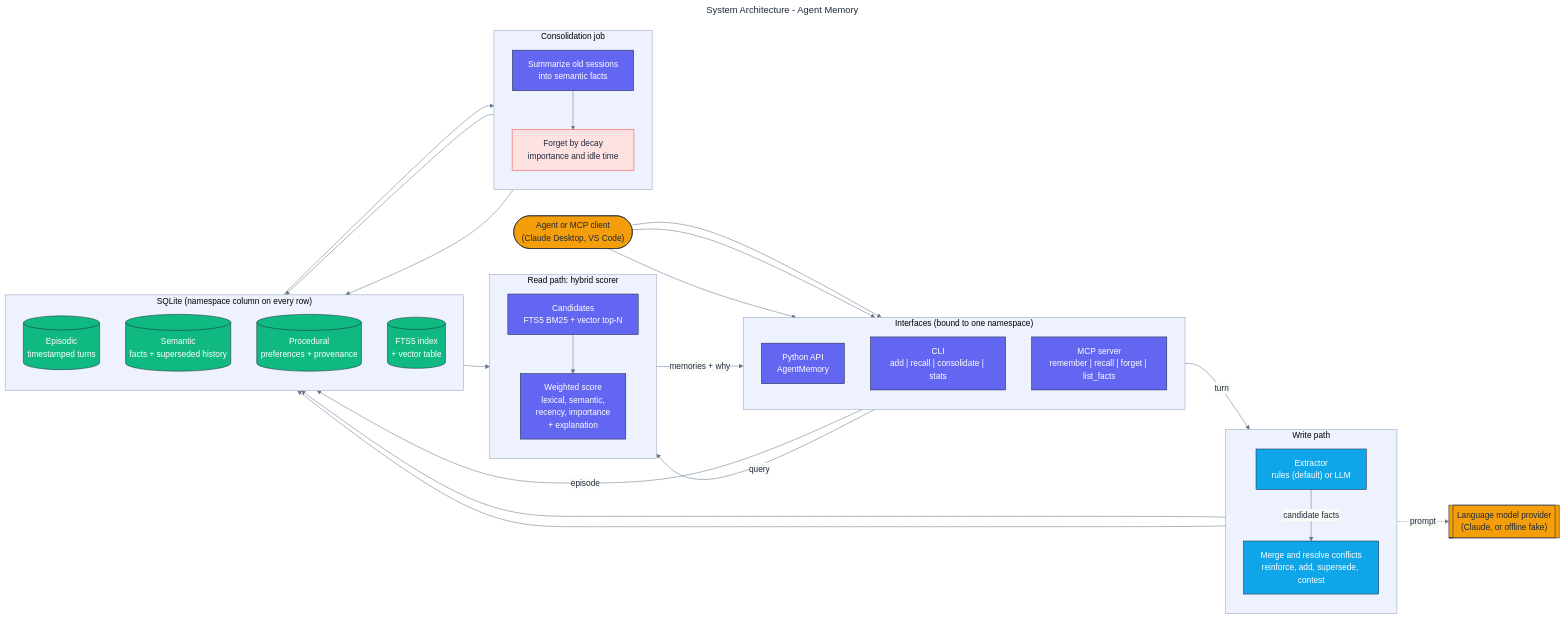
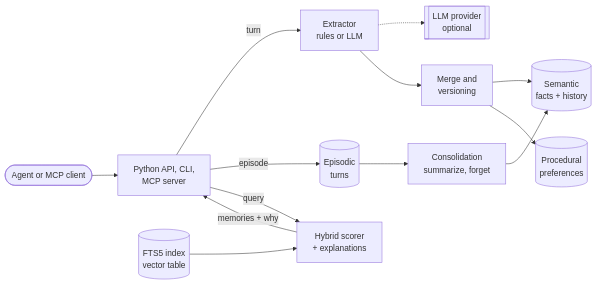
One commit to adeoluo/agent-memory changed the diagram in docs/architecture/architecture.mmd. Above: the diagram before and after it, drawn with Mermaid. The commit also changed 5 other files, not shown here.

Commit message:
docs: standard README structure and architecture diagram

```diff
--- a/docs/architecture/architecture.mmd
+++ b/docs/architecture/architecture.mmd
@@ -1,71 +1,25 @@
----
-title: System Architecture - Agent Memory
-config:
-  theme: base
-  themeVariables:
-    fontFamily: "Inter, system-ui, sans-serif"
-    primaryColor: "#F8FAFC"
-    primaryBorderColor: "#1E293B"
-    primaryTextColor: "#1E293B"
-    lineColor: "#64748B"
-    clusterBkg: "#EEF2FF"
-    clusterBorder: "#94A3B8"
----
 flowchart LR
-    classDef edge     fill:#F59E0B,stroke:#1E293B,color:#1E293B,stroke-width:1px;
-    classDef core     fill:#6366F1,stroke:#1E293B,color:#ffffff,stroke-width:1px;
-    classDef data     fill:#10B981,stroke:#1E293B,color:#ffffff,stroke-width:1px;
-    classDef control  fill:#0EA5E9,stroke:#1E293B,color:#ffffff,stroke-width:1px;
-    classDef danger   fill:#FEE2E2,stroke:#EF4444,color:#1E293B,stroke-width:1px;
+    Client(["Agent or MCP client"])
+    Interfaces["Python API, CLI,<br/>MCP server"]
+    Extractor["Extractor<br/>rules or LLM"]
+    Provider[["LLM provider<br/>optional"]]
+    Merge["Merge and<br/>versioning"]
+    Episodic[("Episodic<br/>turns")]
+    Semantic[("Semantic<br/>facts + history")]
+    Procedural[("Procedural<br/>preferences")]
+    Index[("FTS5 index<br/>vector table")]
+    Scorer["Hybrid scorer<br/>+ explanations"]
+    Consolidation["Consolidation<br/>summarize, forget"]
 
-    Agent(["Agent or MCP client<br/>(Claude Desktop, VS Code)"]):::edge
-    LLM[["Language model provider<br/>(Claude, or offline fake)"]]:::edge
-
-    subgraph Interfaces["Interfaces (bound to one namespace)"]
-        direction TB
-        API["Python API<br/>AgentMemory"]:::core
-        CLI["CLI<br/>add | recall | consolidate | stats"]:::core
-        MCP["MCP server<br/>remember | recall | forget | list_facts"]:::core
-    end
-
-    subgraph Write["Write path"]
-        direction TB
-        Extract["Extractor<br/>rules (default) or LLM"]:::control
-        Merge["Merge and resolve conflicts<br/>reinforce, add, supersede, contest"]:::control
-    end
-
-    subgraph Read["Read path: hybrid scorer"]
-        direction TB
-        Candidates["Candidates<br/>FTS5 BM25 + vector top-N"]:::core
-        Score["Weighted score<br/>lexical, semantic,<br/>recency, importance<br/>+ explanation"]:::core
-    end
-
-    subgraph Maintenance["Consolidation job"]
-        direction TB
-        Summarize["Summarize old sessions<br/>into semantic facts"]:::core
-        Forget["Forget by decay<br/>importance and idle time"]:::danger
-    end
-
-    subgraph Storage["SQLite (namespace column on every row)"]
-        direction TB
-        Episodic[("Episodic<br/>timestamped turns")]:::data
-        Semantic[("Semantic<br/>facts + superseded history")]:::data
-        Procedural[("Procedural<br/>preferences + provenance")]:::data
-        Index[("FTS5 index<br/>+ vector table")]:::data
-    end
-
-    Agent --> MCP
-    Agent --> API
-    Agent --> CLI
-    Interfaces -->|turn| Extract
-    Extract -.->|prompt| LLM
-    Extract -->|candidate facts| Merge
+    Client --> Interfaces
+    Interfaces -->|turn| Extractor
+    Extractor -.-> Provider
+    Extractor --> Merge
     Interfaces -->|episode| Episodic
     Merge --> Semantic
     Merge --> Procedural
-    Interfaces -->|query| Candidates
-    Index --> Candidates
-    Candidates --> Score
-    Score -->|memories + why| Interfaces
-    Episodic --> Summarize --> Semantic
-    Summarize --> Forget --> Episodic
+    Interfaces -->|query| Scorer
+    Index --> Scorer
+    Scorer -->|memories + why| Interfaces
+    Episodic --> Consolidation
+    Consolidation --> Semantic
```
